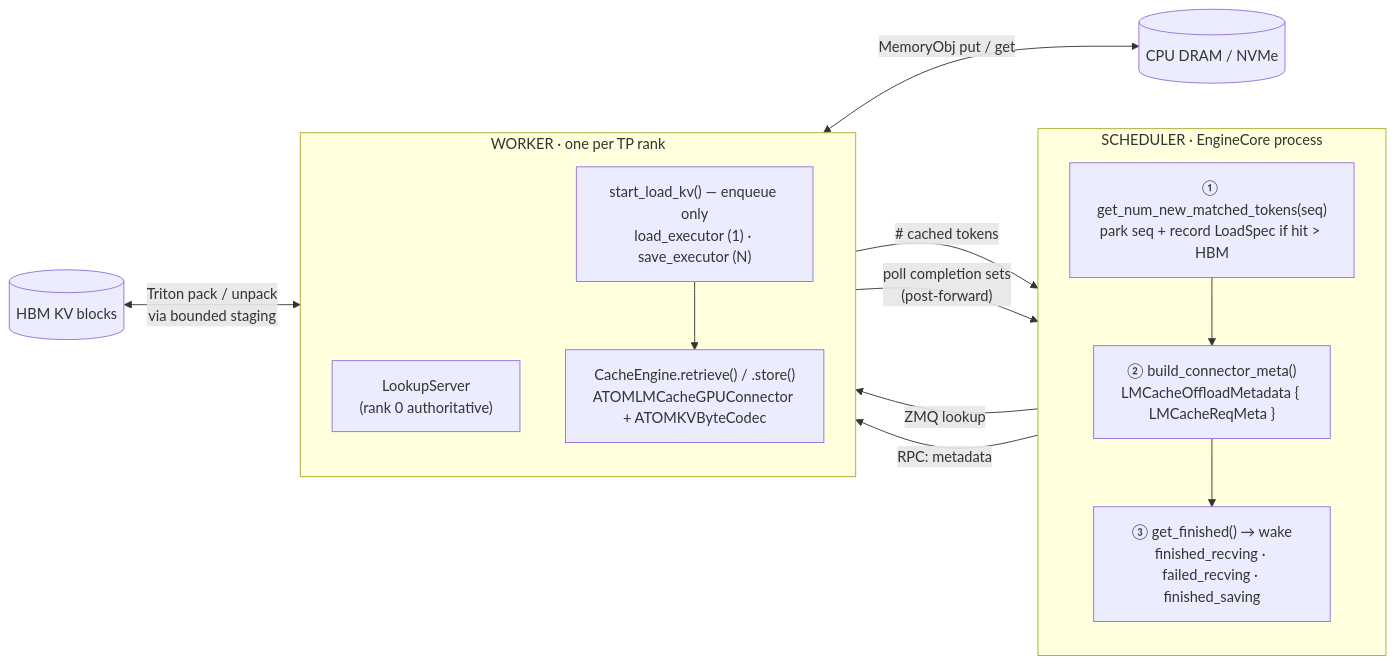
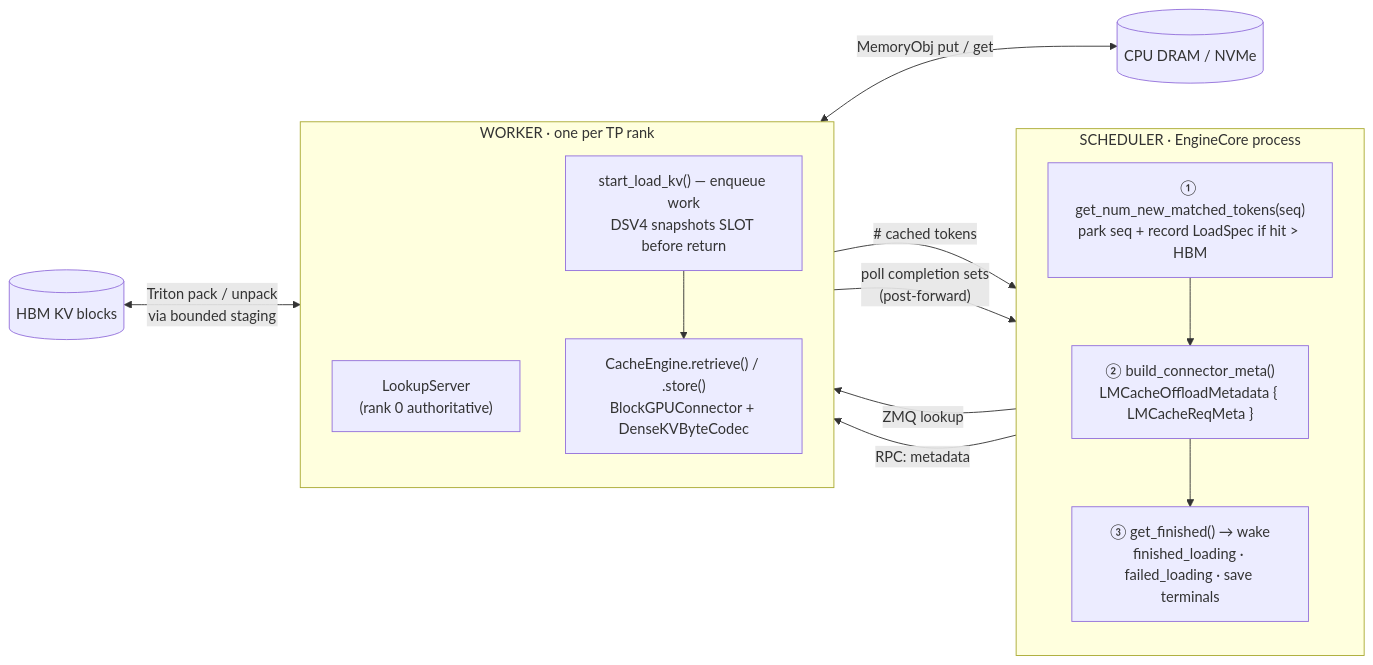
The first of 4 diagrams in atom/kv_transfer/offload/README.md (EricKing626/ATOM), drawn with Mermaid before and after one commit. The commit also changed other lines of this file and 43 other files, not shown here.

First line of the commit message:
feat(lmcache): add DSV4 page and slot offload (#1880)

````diff
--- a/atom/kv_transfer/offload/README.md
+++ b/atom/kv_transfer/offload/README.md
@@ -60,28 +88,28 @@
 ```mermaid
 flowchart LR
     subgraph SCHED["SCHEDULER · EngineCore process"]
         direction TB
         S1["① get_num_new_matched_tokens(seq)<br/>park seq + record LoadSpec if hit &gt; HBM"]
         S2["② build_connector_meta()<br/>LMCacheOffloadMetadata { LMCacheReqMeta }"]
-        S3["③ get_finished() → wake<br/>finished_recving · failed_recving · finished_saving"]
+        S3["③ get_finished() → wake<br/>finished_loading · failed_loading · save terminals"]
         S1 --> S2 --> S3
     end
 
     subgraph WORK["WORKER · one per TP rank"]
         direction TB
         LK["LookupServer<br/>(rank 0 authoritative)"]
-        SL["start_load_kv() — enqueue only<br/>load_executor (1) · save_executor (N)"]
-        CE["CacheEngine.retrieve() / .store()<br/>ATOMLMCacheGPUConnector + ATOMKVByteCodec"]
+        SL["start_load_kv() — enqueue work<br/>DSV4 snapshots SLOT before return"]
+        CE["CacheEngine.retrieve() / .store()<br/>BlockGPUConnector + DenseKVByteCodec"]
         SL --> CE
     end
 
     TIER[("CPU DRAM / NVMe")]
     HBM[("HBM KV blocks")]
 
     S1 -- "ZMQ lookup" --> LK
     LK -- "# cached tokens" --> S1
     S2 -- "RPC: metadata" --> SL
     CE -- "poll completion sets<br/>(post-forward)" --> S3
     HBM <-- "Triton pack / unpack<br/>via bounded staging" --> CE
     CE <-- "MemoryObj put / get" --> TIER
 ```
````
